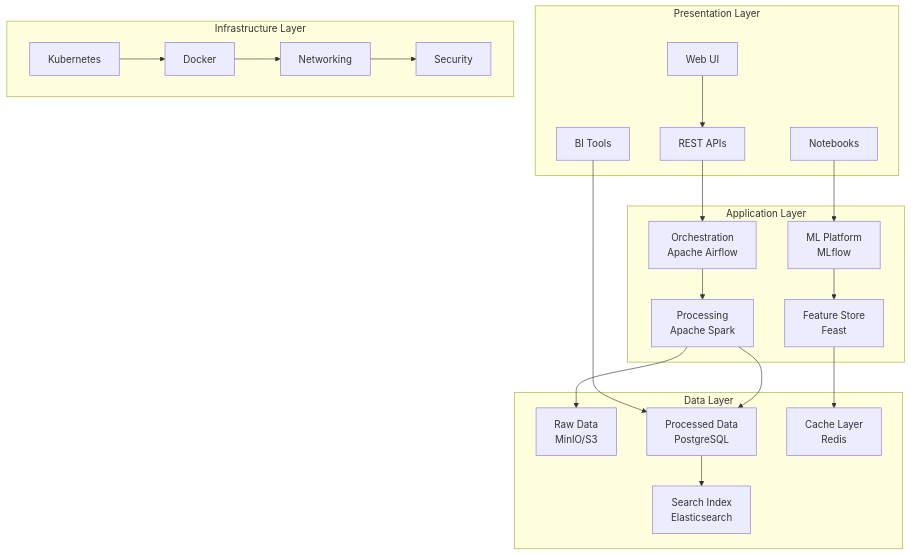
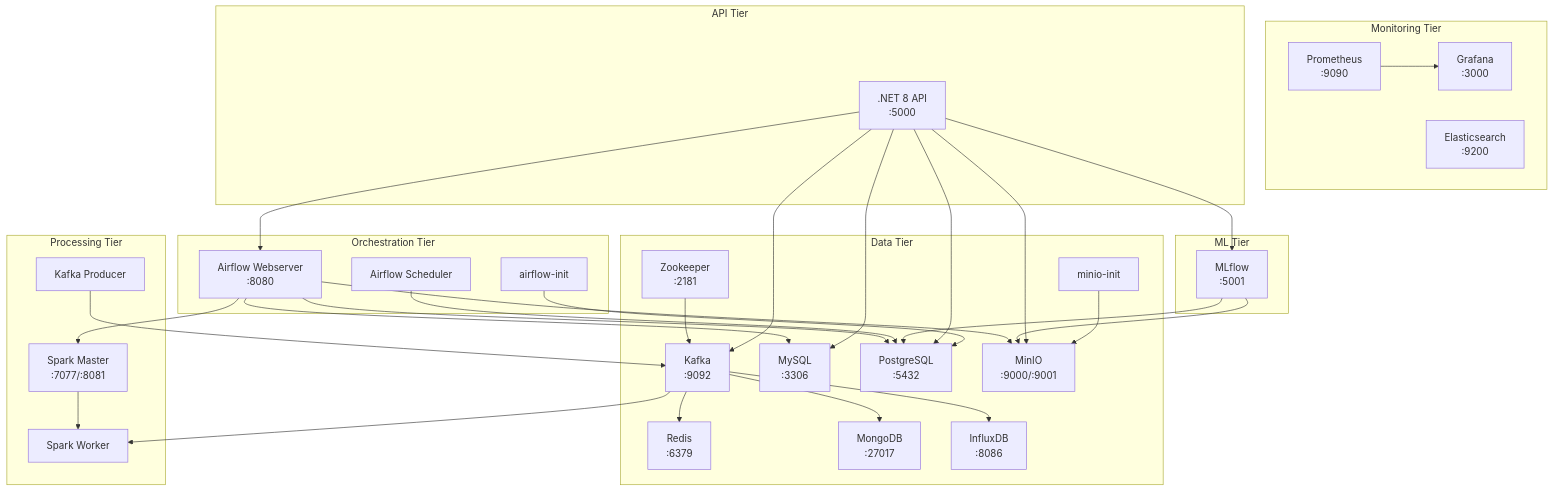
The first of 10 diagrams in ARCHITECTURE.md (sherwin-casem/Sherwin-E2E-Data-Platform), drawn with Mermaid before and after one commit. The commit also changed other lines of this file and 138 other files, not shown here.

````diff
--- a/ARCHITECTURE.md
+++ b/ARCHITECTURE.md
@@ -74,47 +19,64 @@
 ```mermaid
 graph TB
-    subgraph "Presentation Layer"
-        UI[Web UI]
-        API[REST APIs]
-        BI[BI Tools]
-        NOTE[Notebooks]
+    subgraph "Data Tier"
+        ZK[Zookeeper<br/>:2181]
+        KFK[Kafka<br/>:9092]
+        MY[MySQL<br/>:3306]
+        PG[PostgreSQL<br/>:5432]
+        RD[Redis<br/>:6379]
+        MG[MongoDB<br/>:27017]
+        MN[MinIO<br/>:9000/:9001]
+        IX[InfluxDB<br/>:8086]
+        MI[minio-init]
     end
 
-    subgraph "Application Layer"
-        ORCH[Orchestration<br/>Apache Airflow]
-        PROC[Processing<br/>Apache Spark]
-        ML[ML Platform<br/>MLflow]
-        FEAT[Feature Store<br/>Feast]
+    subgraph "Processing Tier"
+        SM[Spark Master<br/>:7077/:8081]
+        SW[Spark Worker]
+        KP[Kafka Producer]
     end
 
-    subgraph "Data Layer"
-        RAW[Raw Data<br/>MinIO/S3]
-        PROC_DATA[Processed Data<br/>PostgreSQL]
-        CACHE[Cache Layer<br/>Redis]
-        INDEX[Search Index<br/>Elasticsearch]
+    subgraph "Orchestration Tier"
+        AW[Airflow Webserver<br/>:8080]
+        AS[Airflow Scheduler]
+        AI[airflow-init]
     end
 
-    subgraph "Infrastructure Layer"
-        K8S[Kubernetes]
-        DOCKER[Docker]
-        NET[Networking]
-        SEC[Security]
+    subgraph "ML Tier"
+        ML[MLflow<br/>:5001]
     end
 
-    UI --> API
-    API --> ORCH
-    BI --> PROC_DATA
-    NOTE --> ML
+    subgraph "Monitoring Tier"
+        PR[Prometheus<br/>:9090]
+        GR[Grafana<br/>:3000]
+        ES[Elasticsearch<br/>:9200]
+    end
 
-    ORCH --> PROC
-    PROC --> RAW
-    PROC --> PROC_DATA
-    ML --> FEAT
-    FEAT --> CACHE
+    subgraph "API Tier"
+        DN[.NET 8 API<br/>:5000]
+    end
 
-    PROC_DATA --> INDEX
-
-    K8S --> DOCKER
-    DOCKER --> NET
-    NET --> SEC
+    ZK --> KFK
+    KP --> KFK
+    KFK --> SW
+    KFK --> MG
+    KFK --> IX
+    KFK --> RD
+    SM --> SW
+    AW --> MY
+    AW --> PG
+    AW --> MN
+    AW --> SM
+    AS --> PG
+    ML --> PG
+    ML --> MN
+    DN --> KFK
+    DN --> PG
+    DN --> MY
+    DN --> MN
+    DN --> ML
+    DN --> AW
+    PR --> GR
+    MI --> MN
+    AI --> PG
 ```
````
